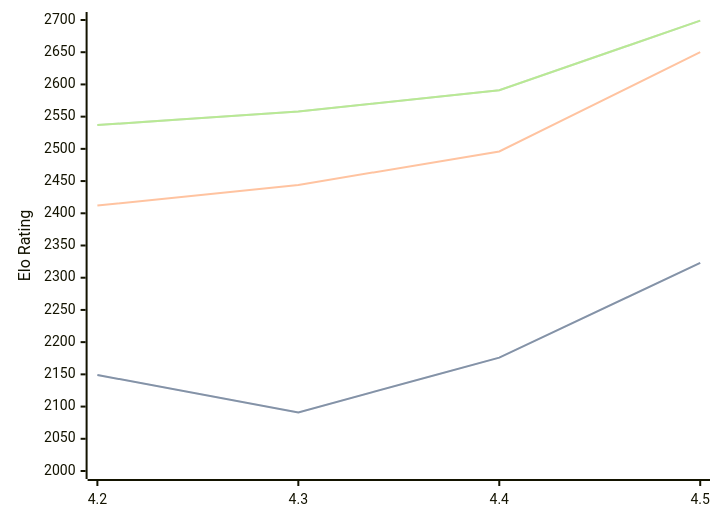
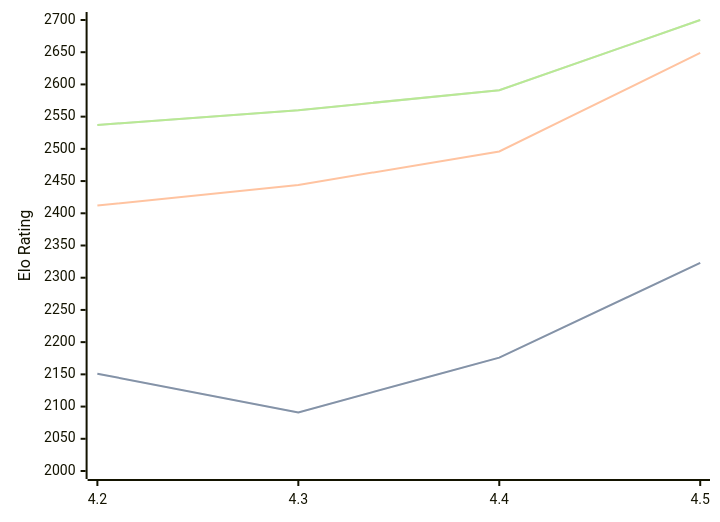
The third of 3 diagrams in engines/Eubos.md (computer-chess-index/cci), drawn with Mermaid before and after one commit. The commit also changed other lines of this file, not shown here.

Commit message:
Update CCI Ratings (ELO VLTC) - 2026-06-22

````diff
--- a/engines/Eubos.md
+++ b/engines/Eubos.md
@@ -123,11 +123,11 @@
 ```mermaid
 %%{init: {"theme":"base","themeVariables":{"seriesColors:['#a3a3a3','#222221','#faa371']}}}%%
 xychart-beta
   x-axis ["4.2", "4.3", "4.4", "4.5"]
   y-axis "Elo Rating" 2000 --> 2700
-  line "STC (8.0+0.08s)" [2149, 2091, 2176, 2323]
-  line "STC (8.0+0.08s)" [2149, 2091, 2176, 2323]
-  line "LTC (60.0+0.60s)" [2412, 2444, 2496, 2650]
-  line "VLTC (2m24s+1.12s)" [2537, 2558, 2591, 2699]
-  line "VLTC (2m24s+1.12s)" [2537, 2558, 2591, 2699]
+  line "STC (8.0+0.08s)" [2151, 2091, 2176, 2323]
+  line "STC (8.0+0.08s)" [2151, 2091, 2176, 2323]
+  line "LTC (60.0+0.60s)" [2412, 2444, 2496, 2649]
+  line "VLTC (2m24s+1.12s)" [2537, 2560, 2591, 2700]
+  line "VLTC (2m24s+1.12s)" [2537, 2560, 2591, 2700]
 ```
````
